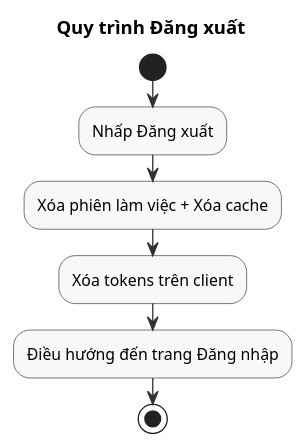
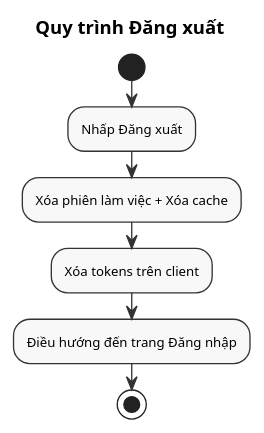
Before and after one commit to namnh240795/document: the diagram in modules/auth/diagrams/activity/logout-activity.puml, drawn with PlantUML. The commit also changed 126 other files, not shown here.

First line of the commit message:
feat(docs): update FILE module docs - S3 to local filesystem, fix diagrams

```diff
--- a/modules/auth/diagrams/activity/logout-activity.puml
+++ b/modules/auth/diagrams/activity/logout-activity.puml
@@ -1,28 +1,35 @@
 @startuml
 ' ============================================================
 ' Sơ đồ Hoạt động - Quy trình Đăng xuất (Compact for A4)
 ' ============================================================
 
 skinparam activity {
   BackgroundColor #F8F8F8
   BorderColor #333333
   ArrowColor #333333
   DiamondBackgroundColor #FFCC00
   DiamondBorderColor #333333
 }
 
 title Quy trình Đăng xuất
 
+skinparam activityFontSize 11
+skinparam activityPadding 5
+skinparam activityBorderThickness 1
+skinparam defaultFontSize 10
+skinparam nodesep 15
+skinparam ranksep 15
+
 start
 
 :Nhấp Đăng xuất;
 
 :Xóa phiên làm việc + Xóa cache;
 
 :Xóa tokens trên client;
 
 :Điều hướng đến trang Đăng nhập;
 
 stop
 
 @enduml
```
